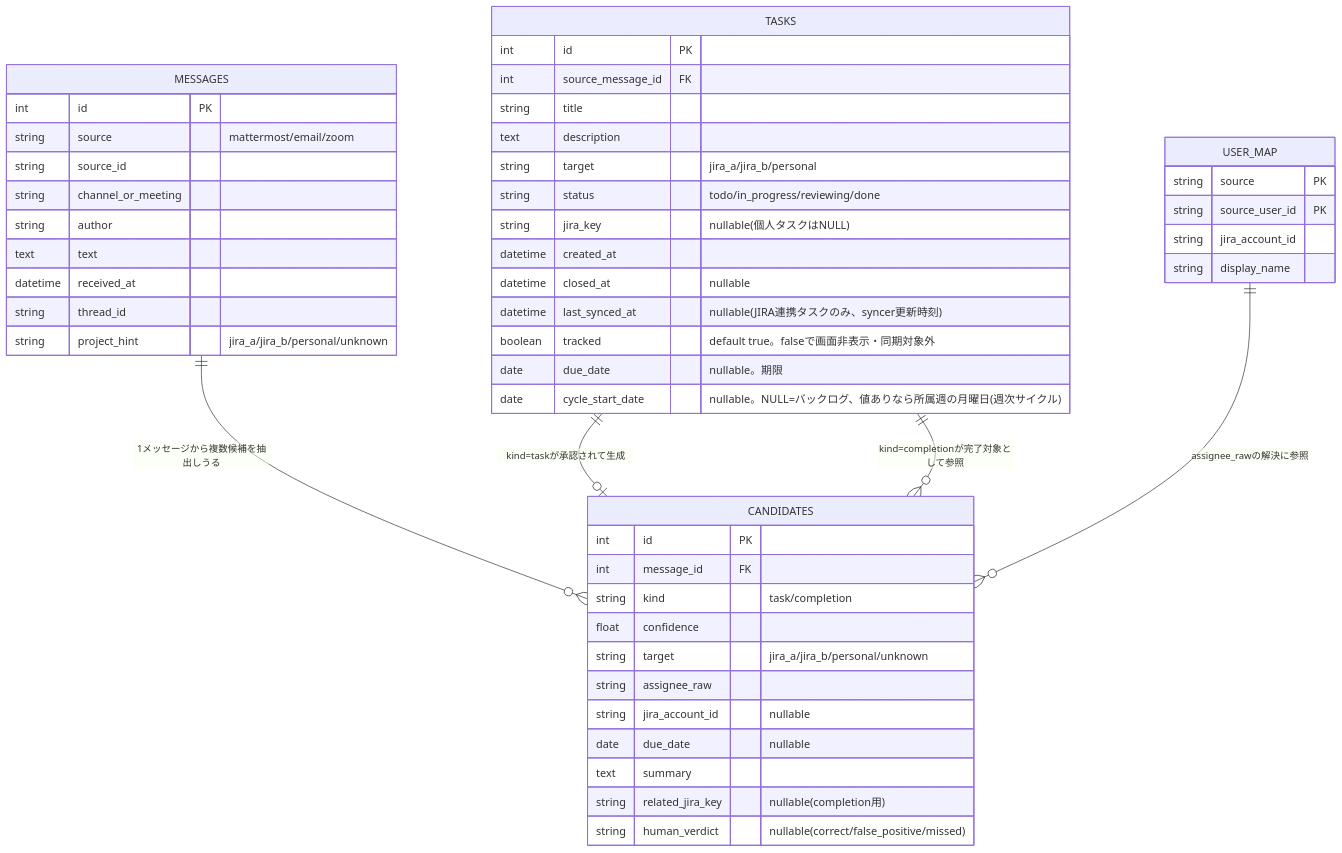
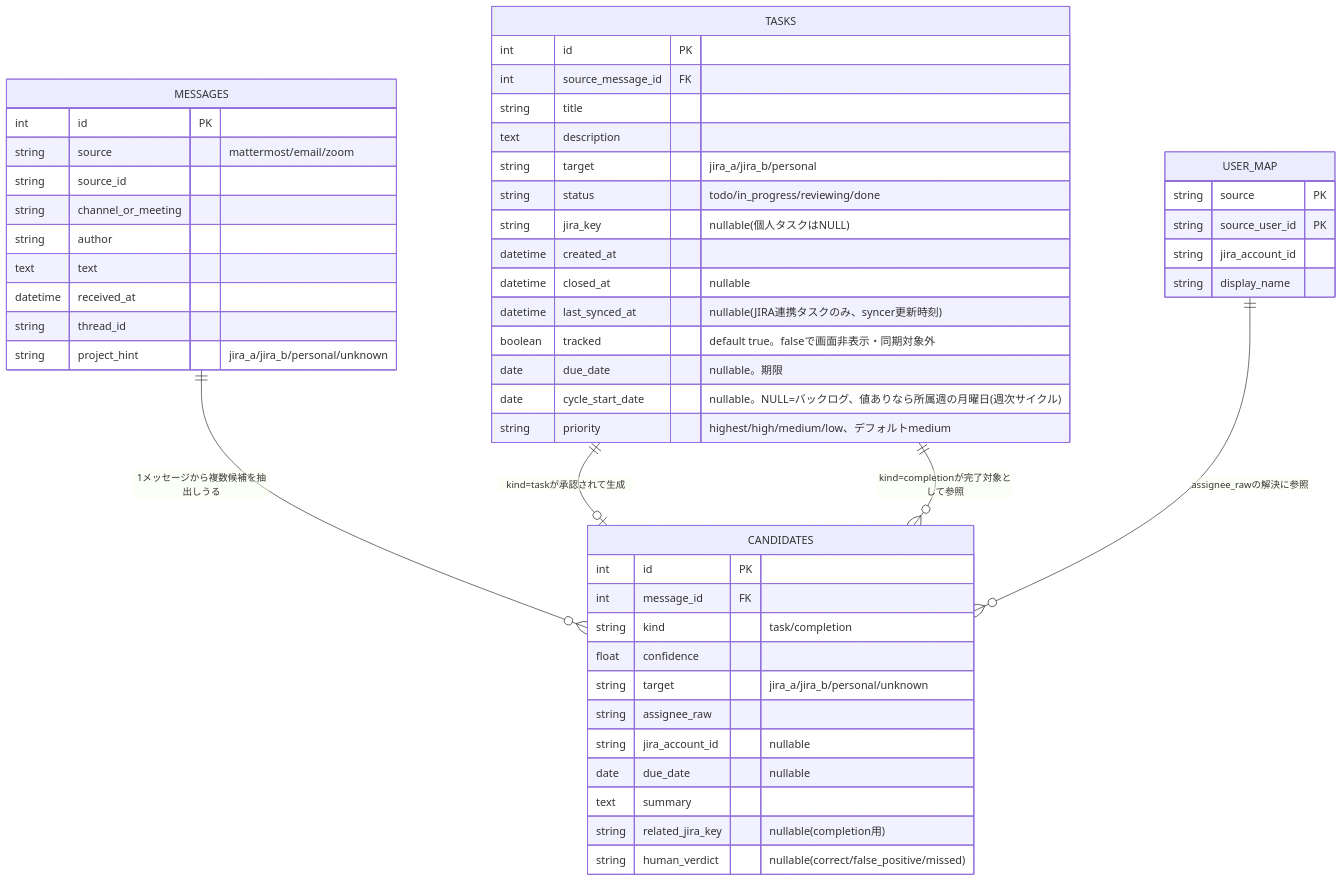
One commit to s-ono-123456/taskmanager changed the diagram in docs/design/data-model.md. Above: the diagram before and after it, drawn with Mermaid. The commit also changed other lines of this file and 22 other files, not shown here.

````diff
--- a/docs/design/data-model.md
+++ b/docs/design/data-model.md
@@ -19,56 +19,57 @@
 ```mermaid
 erDiagram
     MESSAGES ||--o{ CANDIDATES : "1メッセージから複数候補を抽出しうる"
     TASKS ||--o| CANDIDATES : "kind=taskが承認されて生成"
     TASKS ||--o{ CANDIDATES : "kind=completionが完了対象として参照"
     USER_MAP ||--o{ CANDIDATES : "assignee_rawの解決に参照"
 
     MESSAGES {
         int id PK
         string source "mattermost/email/zoom"
         string source_id
         string channel_or_meeting
         string author
         text text
         datetime received_at
         string thread_id
         string project_hint "jira_a/jira_b/personal/unknown"
     }
 
     CANDIDATES {
         int id PK
         int message_id FK
         string kind "task/completion"
         float confidence
         string target "jira_a/jira_b/personal/unknown"
         string assignee_raw
         string jira_account_id "nullable"
         date due_date "nullable"
         text summary
         string related_jira_key "nullable(completion用)"
         string human_verdict "nullable(correct/false_positive/missed)"
     }
 
     TASKS {
         int id PK
         int source_message_id FK
         string title
         text description
         string target "jira_a/jira_b/personal"
         string status "todo/in_progress/reviewing/done"
         string jira_key "nullable(個人タスクはNULL)"
         datetime created_at
         datetime closed_at "nullable"
         datetime last_synced_at "nullable(JIRA連携タスクのみ、syncer更新時刻)"
         boolean tracked "default true。falseで画面非表示・同期対象外"
         date due_date "nullable。期限"
         date cycle_start_date "nullable。NULL=バックログ、値ありなら所属週の月曜日(週次サイクル)"
+        string priority "highest/high/medium/low、デフォルトmedium"
     }
 
     USER_MAP {
         string source PK
         string source_user_id PK
         string jira_account_id
         string display_name
     }
 ```
````
